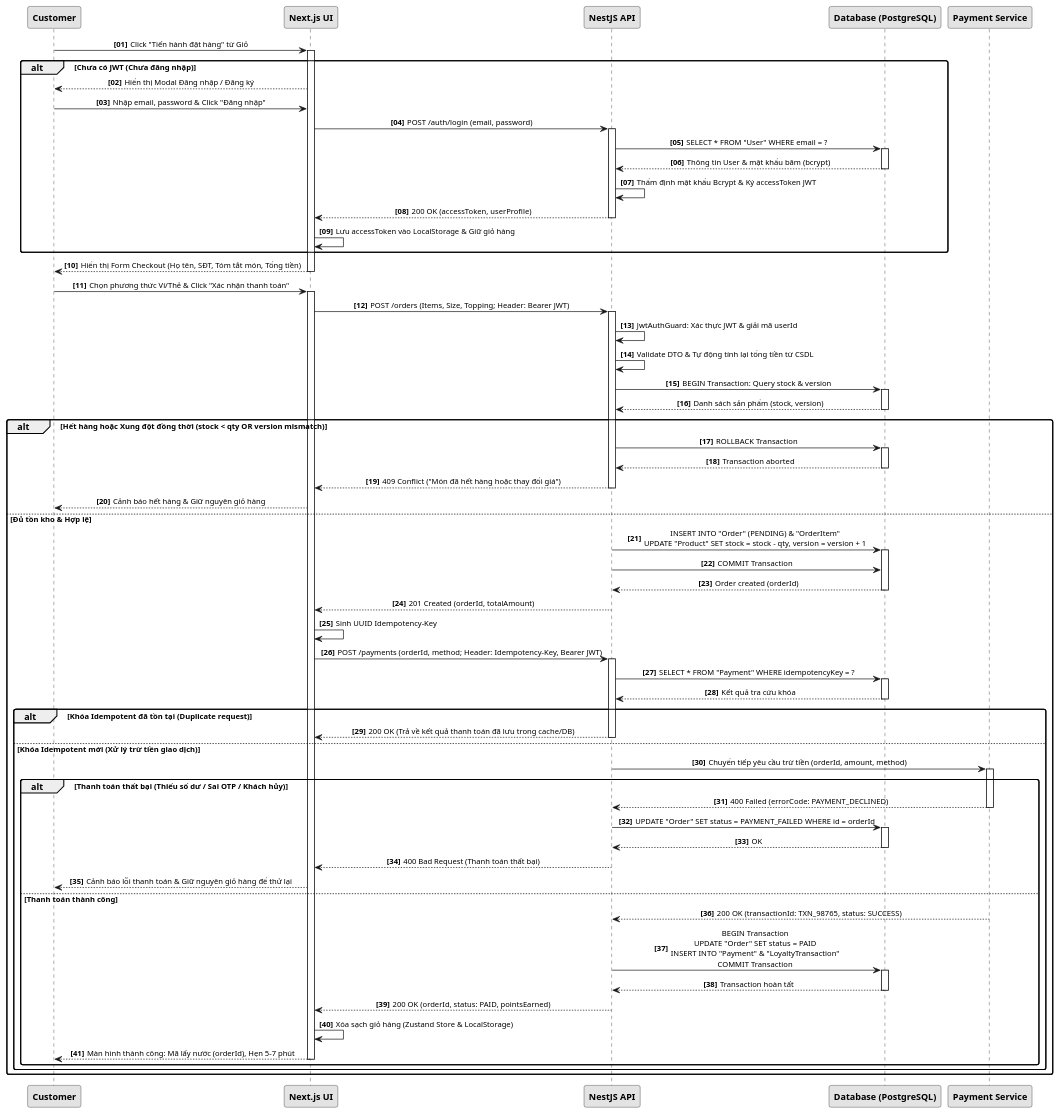
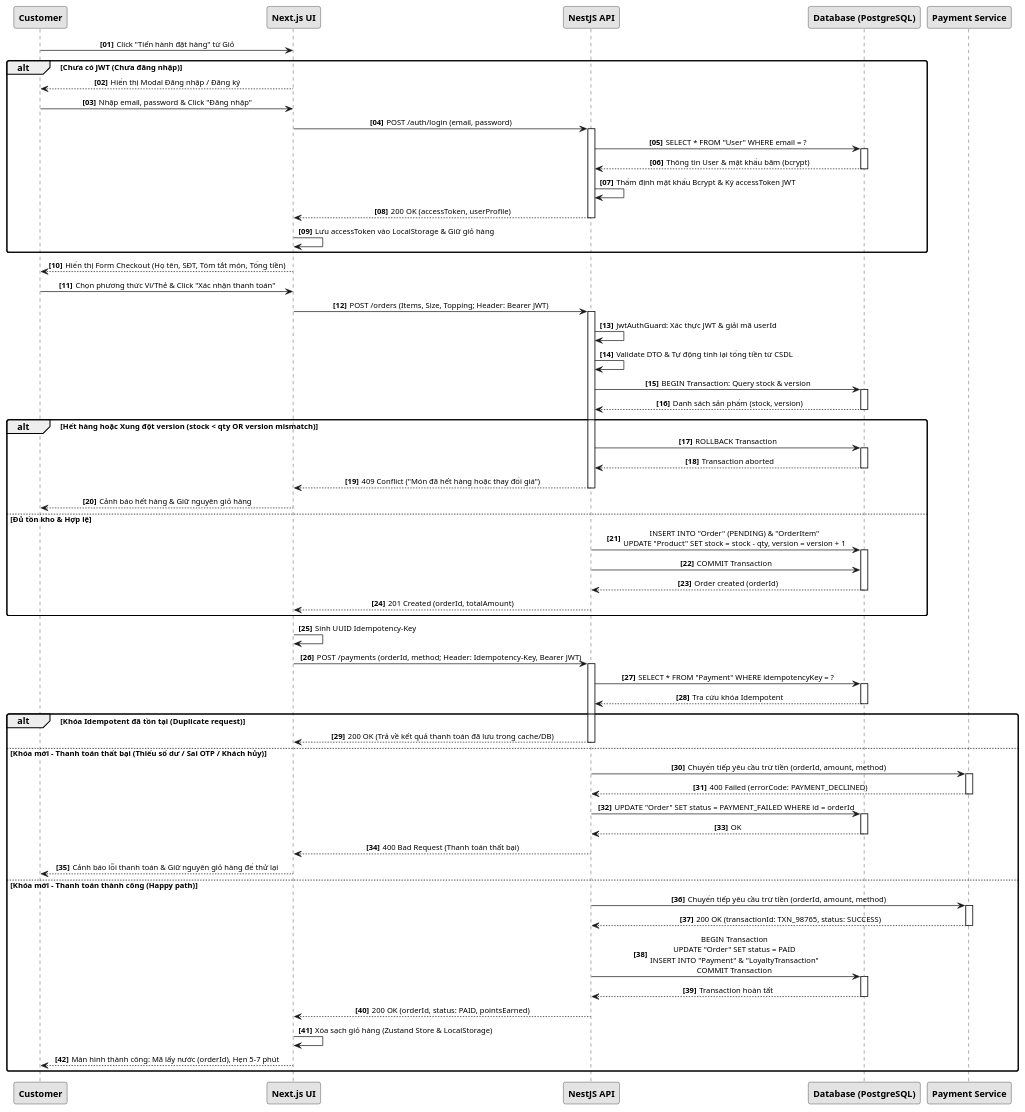
Before and after one commit to nphat-code/swe-project: the diagram in docs/diagrams/sequence/sequence-checkout.puml, drawn with PlantUML. The commit also changed 2 other files, not shown here.

Commit message:
refactor(sequence): flatten sequence diagram to eliminate nested alt blocks

```diff
--- a/docs/diagrams/sequence/sequence-checkout.puml
+++ b/docs/diagrams/sequence/sequence-checkout.puml
@@ -1,76 +1,75 @@
 @startuml sequence-checkout
 skinparam monochrome true
 skinparam shadowing false
 skinparam defaultTextAlignment center
 skinparam roundCorner 6
 skinparam ParticipantFontSize 13
 skinparam ParticipantFontStyle bold
 skinparam ArrowFontSize 11
 skinparam SequenceBoxFontSize 12
 
 autonumber "<b>[00]</b>"
 
 participant "Customer" as Customer
 participant "Next.js UI" as UI
 participant "NestJS API" as API
 participant "Database (PostgreSQL)" as DB
 participant "Payment Service" as Payment
 
-Customer -> UI ++ : Click "Tiến hành đặt hàng" từ Giỏ
+Customer -> UI : Click "Tiến hành đặt hàng" từ Giỏ
 alt Chưa có JWT (Chưa đăng nhập)
     UI --> Customer : Hiển thị Modal Đăng nhập / Đăng ký
     Customer -> UI : Nhập email, password & Click "Đăng nhập"
     UI -> API ++ : POST /auth/login (email, password)
     API -> DB ++ : SELECT * FROM "User" WHERE email = ?
     DB --> API -- : Thông tin User & mật khẩu băm (bcrypt)
     API -> API : Thẩm định mật khẩu Bcrypt & Ký accessToken JWT
     API --> UI -- : 200 OK (accessToken, userProfile)
     UI -> UI : Lưu accessToken vào LocalStorage & Giữ giỏ hàng
 end
-UI --> Customer -- : Hiển thị Form Checkout (Họ tên, SĐT, Tóm tắt món, Tổng tiền)
+UI --> Customer : Hiển thị Form Checkout (Họ tên, SĐT, Tóm tắt món, Tổng tiền)
 
-Customer -> UI ++ : Chọn phương thức Ví/Thẻ & Click "Xác nhận thanh toán"
+Customer -> UI : Chọn phương thức Ví/Thẻ & Click "Xác nhận thanh toán"
 UI -> API ++ : POST /orders (Items, Size, Topping; Header: Bearer JWT)
 API -> API : JwtAuthGuard: Xác thực JWT & giải mã userId
 API -> API : Validate DTO & Tự động tính lại tổng tiền từ CSDL
 
 API -> DB ++ : BEGIN Transaction: Query stock & version
 DB --> API -- : Danh sách sản phẩm (stock, version)
 
-alt Hết hàng hoặc Xung đột đồng thời (stock < qty OR version mismatch)
+alt Hết hàng hoặc Xung đột version (stock < qty OR version mismatch)
     API -> DB ++ : ROLLBACK Transaction
     DB --> API -- : Transaction aborted
     API --> UI -- : 409 Conflict ("Món đã hết hàng hoặc thay đổi giá")
     UI --> Customer : Cảnh báo hết hàng & Giữ nguyên giỏ hàng
 else Đủ tồn kho & Hợp lệ
     API -> DB ++ : INSERT INTO "Order" (PENDING) & "OrderItem"\nUPDATE "Product" SET stock = stock - qty, version = version + 1
     API -> DB : COMMIT Transaction
     DB --> API -- : Order created (orderId)
     API --> UI -- : 201 Created (orderId, totalAmount)
+end
 
-    UI -> UI : Sinh UUID Idempotency-Key
-    UI -> API ++ : POST /payments (orderId, method; Header: Idempotency-Key, Bearer JWT)
-    API -> DB ++ : SELECT * FROM "Payment" WHERE idempotencyKey = ?
-    DB --> API -- : Kết quả tra cứu khóa
+UI -> UI : Sinh UUID Idempotency-Key
+UI -> API ++ : POST /payments (orderId, method; Header: Idempotency-Key, Bearer JWT)
+API -> DB ++ : SELECT * FROM "Payment" WHERE idempotencyKey = ?
+DB --> API -- : Tra cứu khóa Idempotent
 
-    alt Khóa Idempotent đã tồn tại (Duplicate request)
-        API --> UI -- : 200 OK (Trả về kết quả thanh toán đã lưu trong cache/DB)
-    else Khóa Idempotent mới (Xử lý trừ tiền giao dịch)
-        API -> Payment ++ : Chuyển tiếp yêu cầu trừ tiền (orderId, amount, method)
-        alt Thanh toán thất bại (Thiếu số dư / Sai OTP / Khách hủy)
-            Payment --> API -- : 400 Failed (errorCode: PAYMENT_DECLINED)
-            API -> DB ++ : UPDATE "Order" SET status = PAYMENT_FAILED WHERE id = orderId
-            DB --> API -- : OK
-            API --> UI -- : 400 Bad Request (Thanh toán thất bại)
-            UI --> Customer : Cảnh báo lỗi thanh toán & Giữ nguyên giỏ hàng để thử lại
-        else Thanh toán thành công
-            Payment --> API -- : 200 OK (transactionId: TXN_98765, status: SUCCESS)
-            API -> DB ++ : BEGIN Transaction\nUPDATE "Order" SET status = PAID\nINSERT INTO "Payment" & "LoyaltyTransaction"\nCOMMIT Transaction
-            DB --> API -- : Transaction hoàn tất
-            API --> UI -- : 200 OK (orderId, status: PAID, pointsEarned)
-            UI -> UI : Xóa sạch giỏ hàng (Zustand Store & LocalStorage)
-            UI --> Customer -- : Màn hình thành công: Mã lấy nước (orderId), Hẹn 5-7 phút
-        end
-    end
+alt Khóa Idempotent đã tồn tại (Duplicate request)
+    API --> UI -- : 200 OK (Trả về kết quả thanh toán đã lưu trong cache/DB)
+else Khóa mới - Thanh toán thất bại (Thiếu số dư / Sai OTP / Khách hủy)
+    API -> Payment ++ : Chuyển tiếp yêu cầu trừ tiền (orderId, amount, method)
+    Payment --> API -- : 400 Failed (errorCode: PAYMENT_DECLINED)
+    API -> DB ++ : UPDATE "Order" SET status = PAYMENT_FAILED WHERE id = orderId
+    DB --> API -- : OK
+    API --> UI -- : 400 Bad Request (Thanh toán thất bại)
+    UI --> Customer : Cảnh báo lỗi thanh toán & Giữ nguyên giỏ hàng để thử lại
+else Khóa mới - Thanh toán thành công (Happy path)
+    API -> Payment ++ : Chuyển tiếp yêu cầu trừ tiền (orderId, amount, method)
+    Payment --> API -- : 200 OK (transactionId: TXN_98765, status: SUCCESS)
+    API -> DB ++ : BEGIN Transaction\nUPDATE "Order" SET status = PAID\nINSERT INTO "Payment" & "LoyaltyTransaction"\nCOMMIT Transaction
+    DB --> API -- : Transaction hoàn tất
+    API --> UI -- : 200 OK (orderId, status: PAID, pointsEarned)
+    UI -> UI : Xóa sạch giỏ hàng (Zustand Store & LocalStorage)
+    UI --> Customer : Màn hình thành công: Mã lấy nước (orderId), Hẹn 5-7 phút
 end
 @enduml
```
